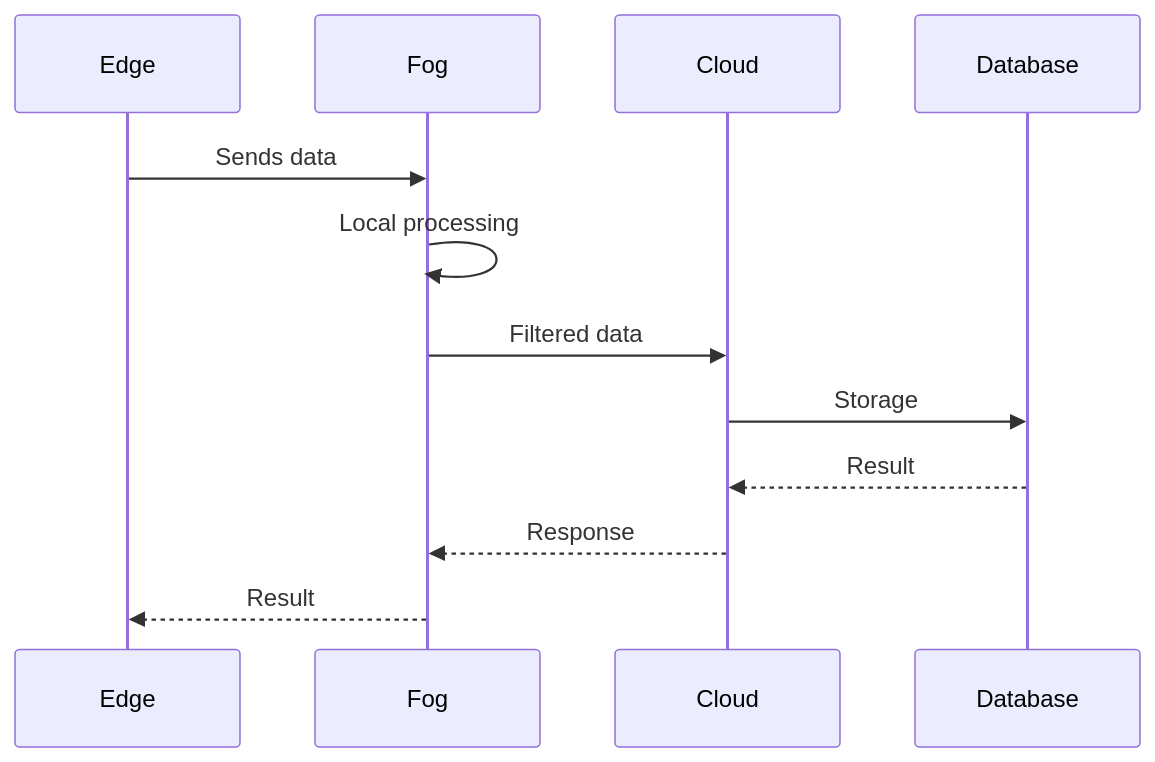
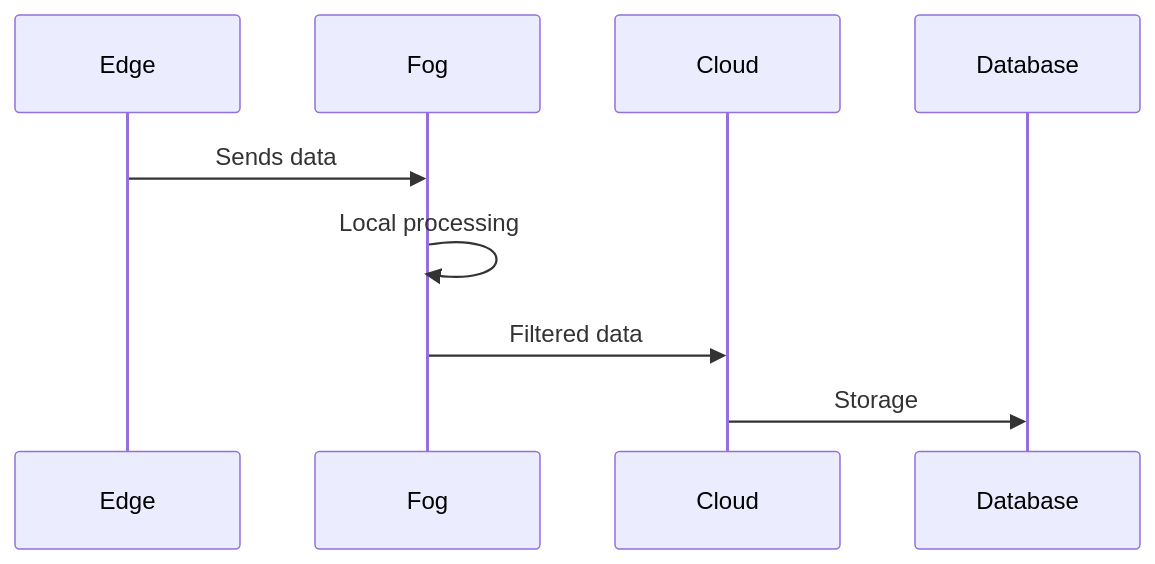
Before and after one commit to PedroEduardo68/Unisinos-FogCloudEdge: the diagram in README.md, drawn with Mermaid.

````diff
--- a/README.md
+++ b/README.md
@@ -41,16 +41,14 @@
 ```mermaid
 sequenceDiagram
 
 participant Edge
 participant Fog
 participant Cloud
 participant Database
 
 Edge->>Fog: Sends data
 Fog->>Fog: Local processing
 Fog->>Cloud: Filtered data
 Cloud->>Database: Storage
-Database-->>Cloud: Result
-Cloud-->>Fog: Response
-Fog-->>Edge: Result
+
 ```
````
